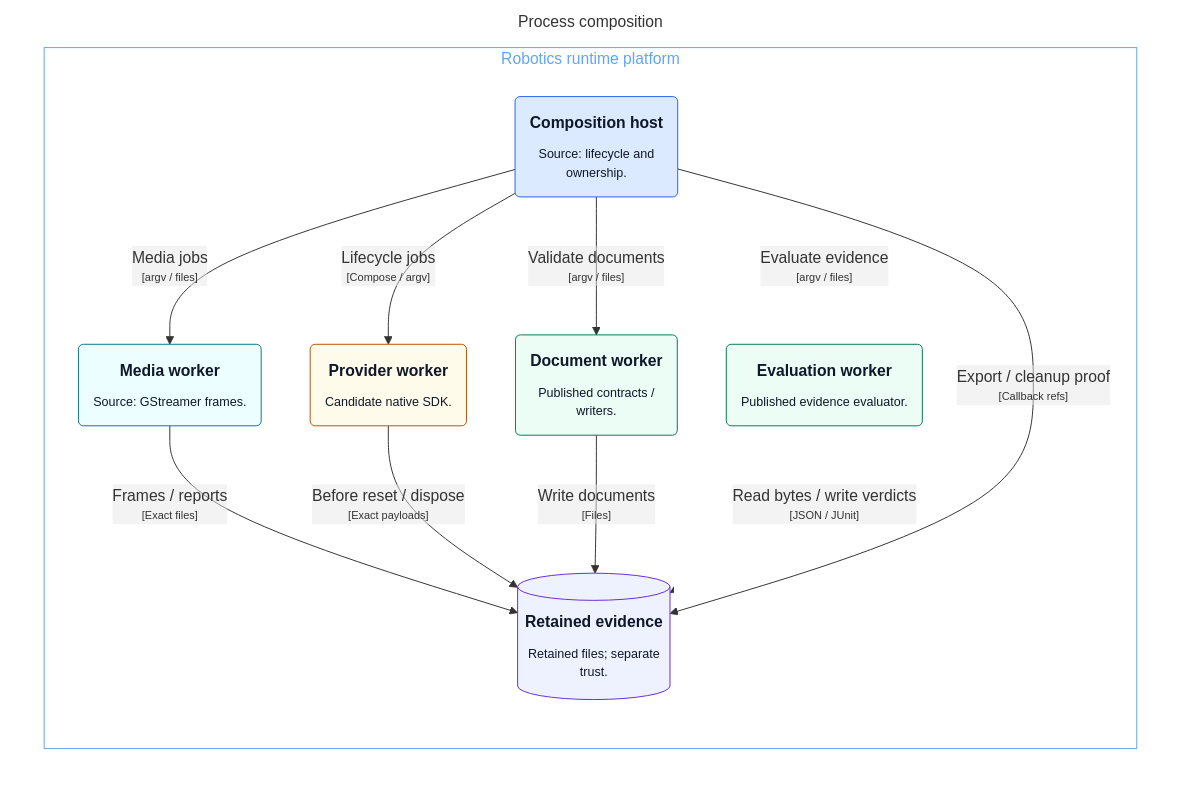
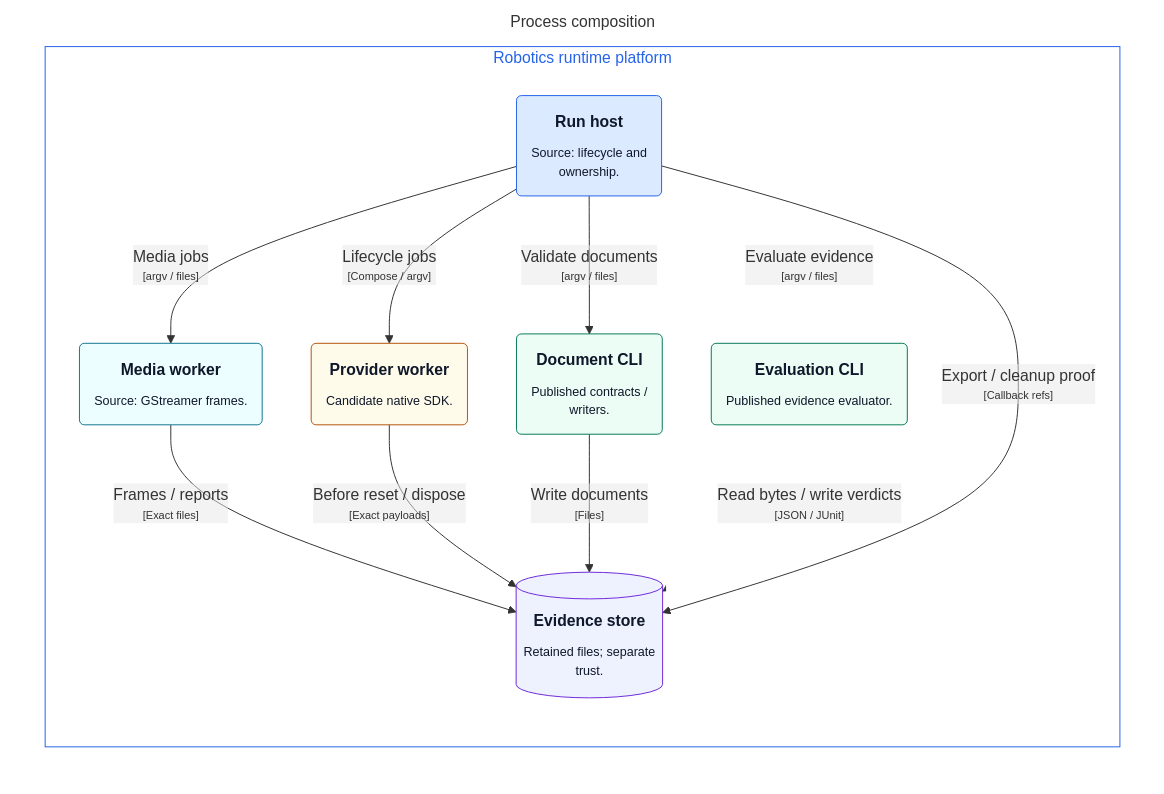
Before and after one commit to mmkolpakov/robotics-runtime: the diagram in docs/architecture/generated/structurizr-Container.mmd, drawn with Mermaid. The commit also changed 12 other files, not shown here.

Commit message:
Keep native diagram labels complete at README scale

```diff
--- a/docs/architecture/generated/structurizr-Container.mmd
+++ b/docs/architecture/generated/structurizr-Container.mmd
@@ -1,34 +1,34 @@
 graph LR
   linkStyle default fill:#ffffff
 
   subgraph diagram ["Process composition"]
     style diagram fill:#ffffff,stroke:#ffffff
 
     subgraph 7 ["Robotics runtime platform"]
-      style 7 fill:#ffffff,stroke:#60a5fa,color:#60a5fa
+      style 7 fill:#ffffff,stroke:#2563eb,color:#2563eb
 
-      10("<div style='font-weight: bold'>Evaluation worker</div><div style='font-size: 80%; margin-top:10px'>Published evidence evaluator.</div>")
+      10("<div style='font-weight: bold'>Evaluation CLI</div><div style='font-size: 80%; margin-top:10px'>Published evidence evaluator.</div>")
       style 10 fill:#ecfdf5,stroke:#047857,color:#0f172a
       11("<div style='font-weight: bold'>Provider worker</div><div style='font-size: 80%; margin-top:10px'>Candidate native SDK.</div>")
       style 11 fill:#fffbeb,stroke:#b45309,color:#0f172a
       12("<div style='font-weight: bold'>Media worker</div><div style='font-size: 80%; margin-top:10px'>Source: GStreamer frames.</div>")
       style 12 fill:#ecfeff,stroke:#0e7490,color:#0f172a
-      13[("<div style='font-weight: bold'>Retained evidence</div><div style='font-size: 80%; margin-top:10px'>Retained files; separate<br />trust.</div>")]
+      13[("<div style='font-weight: bold'>Evidence store</div><div style='font-size: 80%; margin-top:10px'>Retained files; separate<br />trust.</div>")]
       style 13 fill:#eef2ff,stroke:#6d28d9,color:#0f172a
-      8("<div style='font-weight: bold'>Composition host</div><div style='font-size: 80%; margin-top:10px'>Source: lifecycle and<br />ownership.</div>")
+      8("<div style='font-weight: bold'>Run host</div><div style='font-size: 80%; margin-top:10px'>Source: lifecycle and<br />ownership.</div>")
       style 8 fill:#dbeafe,stroke:#2563eb,color:#0f172a
-      9("<div style='font-weight: bold'>Document worker</div><div style='font-size: 80%; margin-top:10px'>Published contracts /<br />writers.</div>")
+      9("<div style='font-weight: bold'>Document CLI</div><div style='font-size: 80%; margin-top:10px'>Published contracts /<br />writers.</div>")
       style 9 fill:#ecfdf5,stroke:#047857,color:#0f172a
     end
 
     8-- "<div>Validate documents</div><div style='font-size: 70%'>[argv / files]</div>" -->9
     8-- "<div>Evaluate evidence</div><div style='font-size: 70%'>[argv / files]</div>" -->10
     8-- "<div>Lifecycle jobs</div><div style='font-size: 70%'>[Compose / argv]</div>" -->11
     8-- "<div>Media jobs</div><div style='font-size: 70%'>[argv / files]</div>" -->12
     12-- "<div>Frames / reports</div><div style='font-size: 70%'>[Exact files]</div>" -->13
     11-- "<div>Before reset / dispose</div><div style='font-size: 70%'>[Exact payloads]</div>" -->13
     9-- "<div>Write documents</div><div style='font-size: 70%'>[Files]</div>" -->13
     10-- "<div>Read bytes / write verdicts</div><div style='font-size: 70%'>[JSON / JUnit]</div>" -->13
     8-- "<div>Export / cleanup proof</div><div style='font-size: 70%'>[Callback refs]</div>" -->13
 
   end
```
